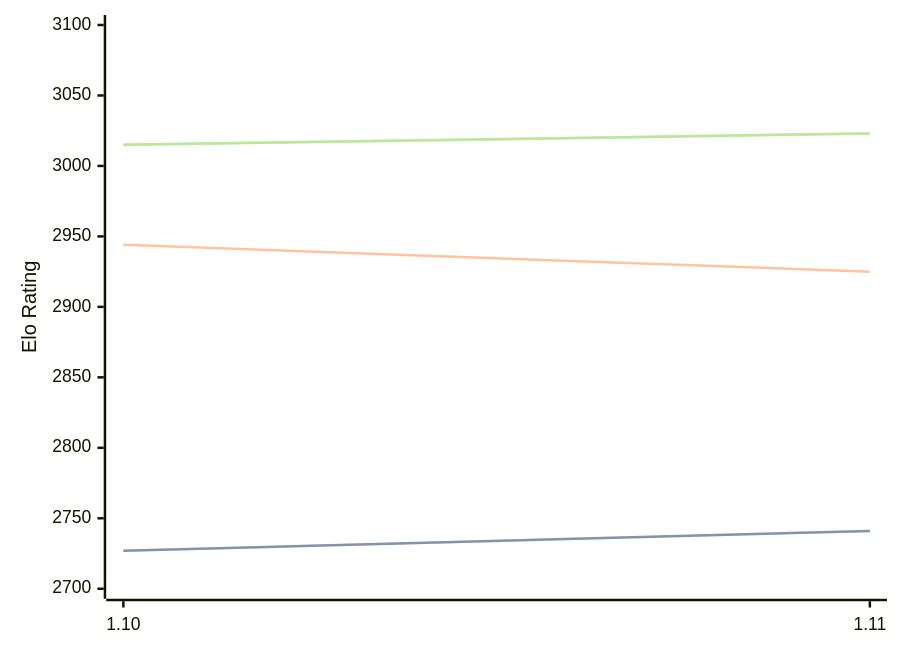
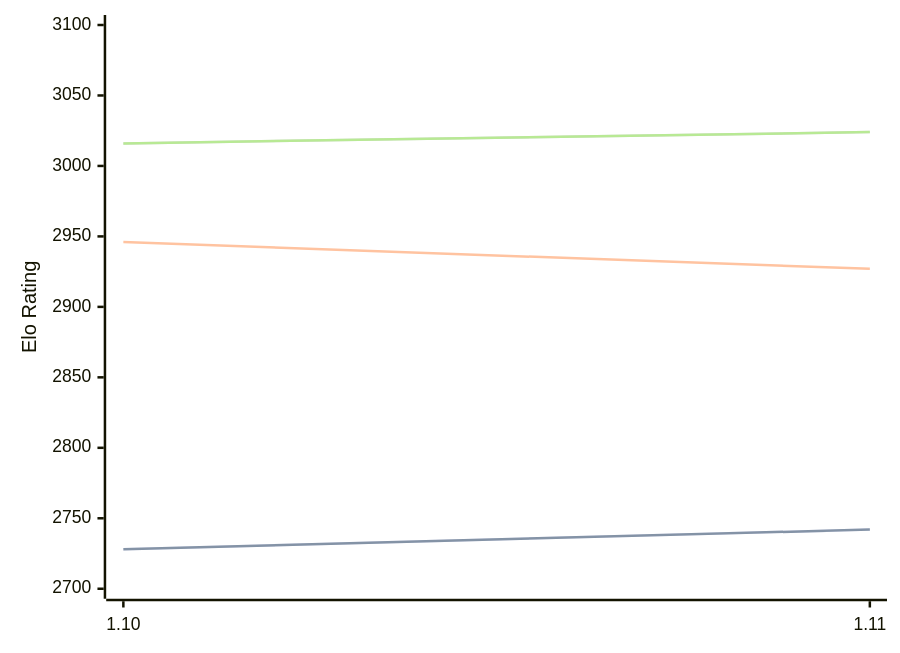
Before and after one commit to computer-chess-index/cci: the first of 3 diagrams in engines/Roc.md, drawn with Mermaid. The commit also changed other lines of this file, not shown here.

Commit message:
Update CCI Ratings (ELO VLTC) - 2026-06-30

````diff
--- a/engines/Roc.md
+++ b/engines/Roc.md
@@ -65,11 +65,11 @@
 ```mermaid
 %%{init: {"theme":"base","themeVariables":{"seriesColors:['#a3a3a3','#222221','#faa371']}}}%%
 xychart-beta
   x-axis ["1.10", "1.11"]
   y-axis "Elo Rating" 2700 --> 3100
-  line "STC (8.0+0.08s)" [2727, 2741]
-  line "STC (8.0+0.08s)" [2727, 2741]
-  line "LTC (60.0+0.60s)" [2944, 2925]
-  line "VLTC (2m24s+1.12s)" [3015, 3023]
-  line "VLTC (2m24s+1.12s)" [3015, 3023]
+  line "STC (8.0+0.08s)" [2728, 2742]
+  line "STC (8.0+0.08s)" [2728, 2742]
+  line "LTC (60.0+0.60s)" [2946, 2927]
+  line "VLTC (2m24s+1.12s)" [3016, 3024]
+  line "VLTC (2m24s+1.12s)" [3016, 3024]
 ```
````
